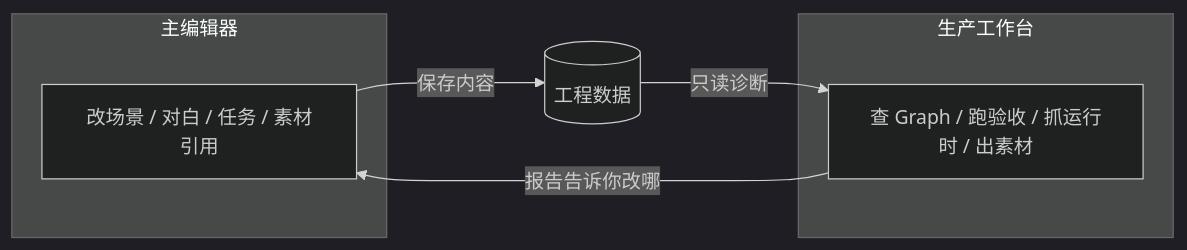
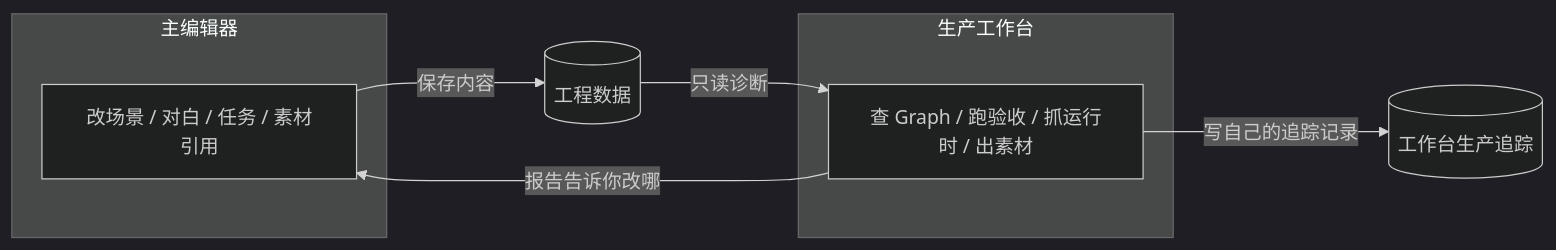
One commit to wubugui/GDoc changed the second of 3 diagrams in docs/editors/workbench/overview.md. Above: the diagram before and after it, drawn with Mermaid (dark theme). The commit also changed other lines of this file and 112 other files, not shown here.

````diff
--- a/docs/editors/workbench/overview.md
+++ b/docs/editors/workbench/overview.md
@@ -37,12 +68,13 @@
 ```mermaid
 flowchart LR
     subgraph edit [主编辑器]
         A[改场景 / 对白 / 任务 / 素材引用]
     end
     subgraph wb [生产工作台]
         B[查 Graph / 跑验收 / 抓运行时 / 出素材]
     end
     A -->|保存内容| DATA[(工程数据)]
     DATA -->|只读诊断| B
+    B -->|写自己的追踪记录| TRACK[(工作台生产追踪)]
     B -->|报告告诉你改哪| A
 ```
````
